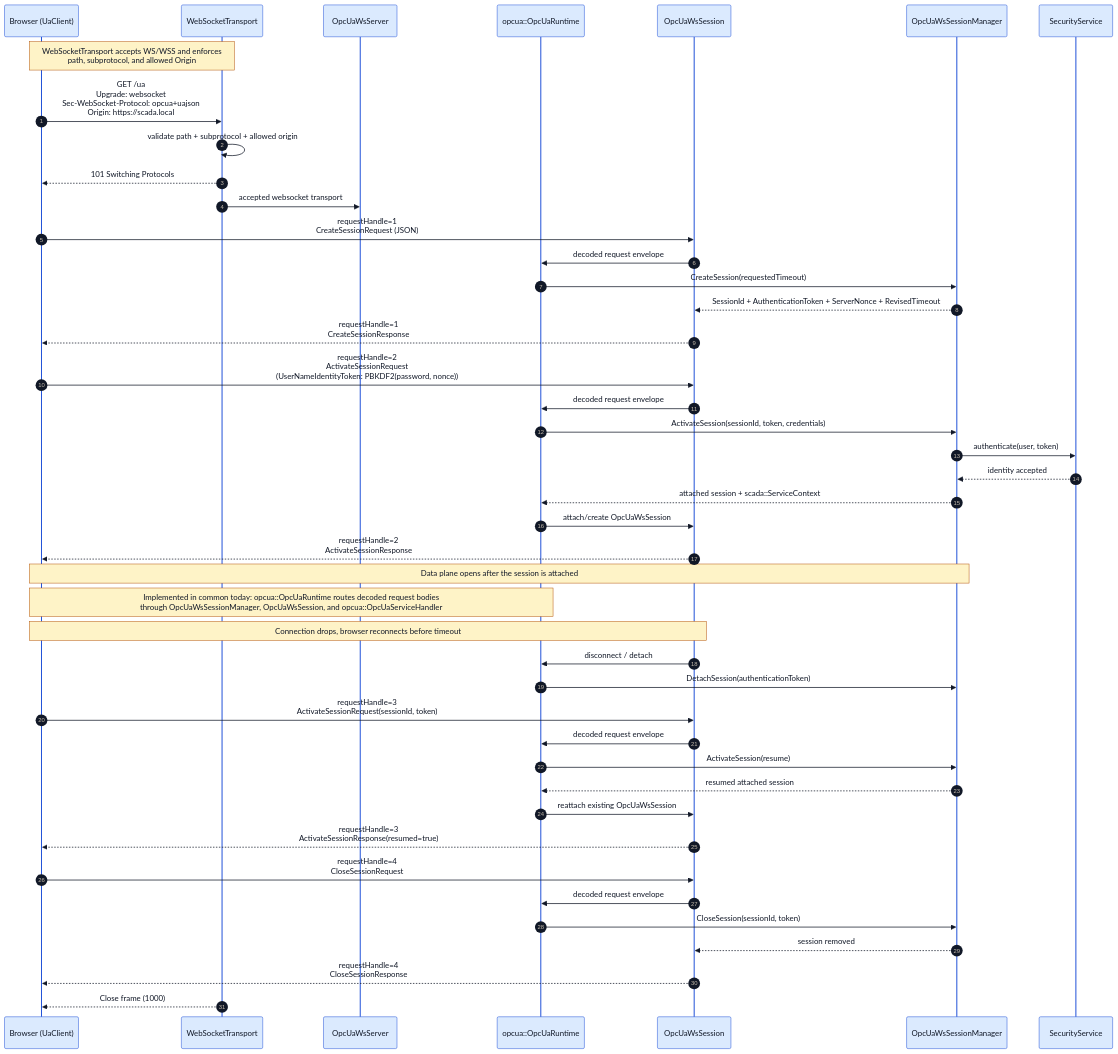
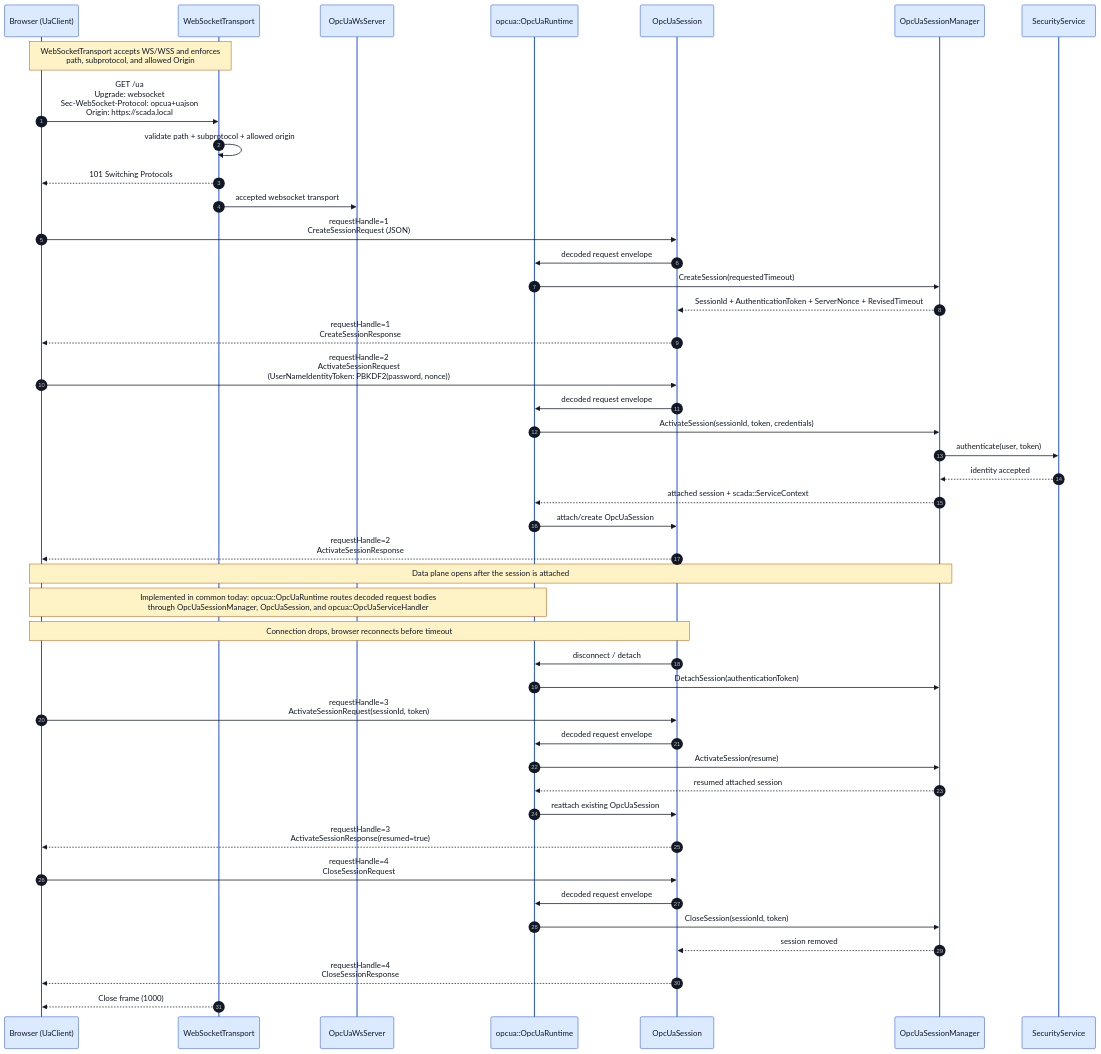
One commit to alexsmn/scada-common changed the diagram in docs/opcua_ws_session_sequence.mmd. Above: the diagram before and after it, drawn with Mermaid. The commit also changed 26 other files, not shown here.

Commit message:
Move shared OPC UA server session core into common/opcua

```diff
--- a/docs/opcua_ws_session_sequence.mmd
+++ b/docs/opcua_ws_session_sequence.mmd
@@ -1,65 +1,65 @@
 %%{init: {
   'theme': 'base',
   'themeVariables': {
     'background': '#ffffff',
     'primaryColor': '#f3f4f6',
     'primaryBorderColor': '#374151',
     'primaryTextColor': '#111827',
     'lineColor': '#374151',
     'actorBkg': '#dbeafe',
     'actorBorder': '#1d4ed8',
     'actorTextColor': '#111827',
     'noteBkgColor': '#fef3c7',
     'noteBorderColor': '#b45309',
     'noteTextColor': '#111827'
   }
 }}%%
 sequenceDiagram
     autonumber
     participant B as Browser (UaClient)
     participant WST as WebSocketTransport
     participant WS as OpcUaWsServer
     participant RT as opcua::OpcUaRuntime
-    participant S as OpcUaWsSession
-    participant M as OpcUaWsSessionManager
+    participant S as OpcUaSession
+    participant M as OpcUaSessionManager
     participant SEC as SecurityService
 
     Note over B,WST: WebSocketTransport accepts WS/WSS and enforces<br/>path, subprotocol, and allowed Origin
     B->>WST: GET /ua<br/>Upgrade: websocket<br/>Sec-WebSocket-Protocol: opcua+uajson<br/>Origin: https://scada.local
     WST->>WST: validate path + subprotocol + allowed origin
     WST-->>B: 101 Switching Protocols
     WST->>WS: accepted websocket transport
     B->>S: requestHandle=1<br/>CreateSessionRequest (JSON)
     S->>RT: decoded request envelope
     RT->>M: CreateSession(requestedTimeout)
     M-->>S: SessionId + AuthenticationToken + ServerNonce + RevisedTimeout
     S-->>B: requestHandle=1<br/>CreateSessionResponse
 
     B->>S: requestHandle=2<br/>ActivateSessionRequest<br/>(UserNameIdentityToken: PBKDF2(password, nonce))
     S->>RT: decoded request envelope
     RT->>M: ActivateSession(sessionId, token, credentials)
     M->>SEC: authenticate(user, token)
     SEC-->>M: identity accepted
     M-->>RT: attached session + scada::ServiceContext
-    RT->>S: attach/create OpcUaWsSession
+    RT->>S: attach/create OpcUaSession
     S-->>B: requestHandle=2<br/>ActivateSessionResponse
 
     Note over B,M: Data plane opens after the session is attached
-    Note over B,RT: Implemented in common today: opcua::OpcUaRuntime routes decoded request bodies<br/>through OpcUaWsSessionManager, OpcUaWsSession, and opcua::OpcUaServiceHandler
+    Note over B,RT: Implemented in common today: opcua::OpcUaRuntime routes decoded request bodies<br/>through OpcUaSessionManager, OpcUaSession, and opcua::OpcUaServiceHandler
 
     Note over B,S: Connection drops, browser reconnects before timeout
     S->>RT: disconnect / detach
     RT->>M: DetachSession(authenticationToken)
     B->>S: requestHandle=3<br/>ActivateSessionRequest(sessionId, token)
     S->>RT: decoded request envelope
     RT->>M: ActivateSession(resume)
     M-->>RT: resumed attached session
-    RT->>S: reattach existing OpcUaWsSession
+    RT->>S: reattach existing OpcUaSession
     S-->>B: requestHandle=3<br/>ActivateSessionResponse(resumed=true)
 
     B->>S: requestHandle=4<br/>CloseSessionRequest
     S->>RT: decoded request envelope
     RT->>M: CloseSession(sessionId, token)
     M-->>S: session removed
     S-->>B: requestHandle=4<br/>CloseSessionResponse
     WST-->>B: Close frame (1000)
```
